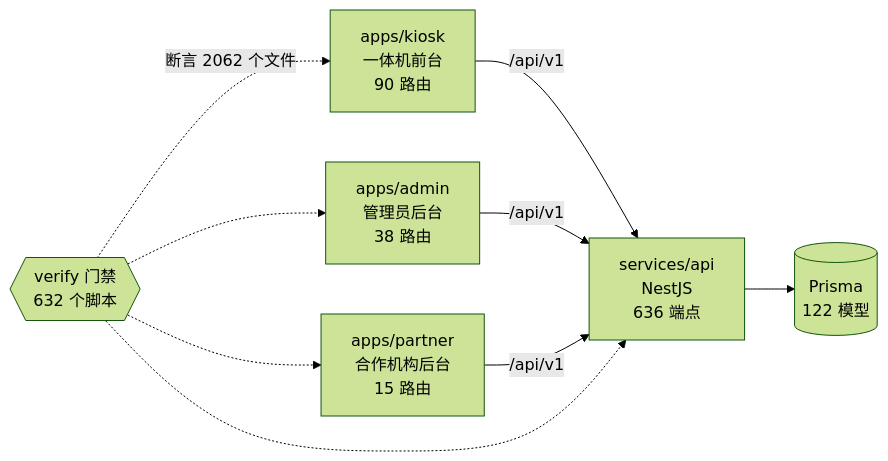
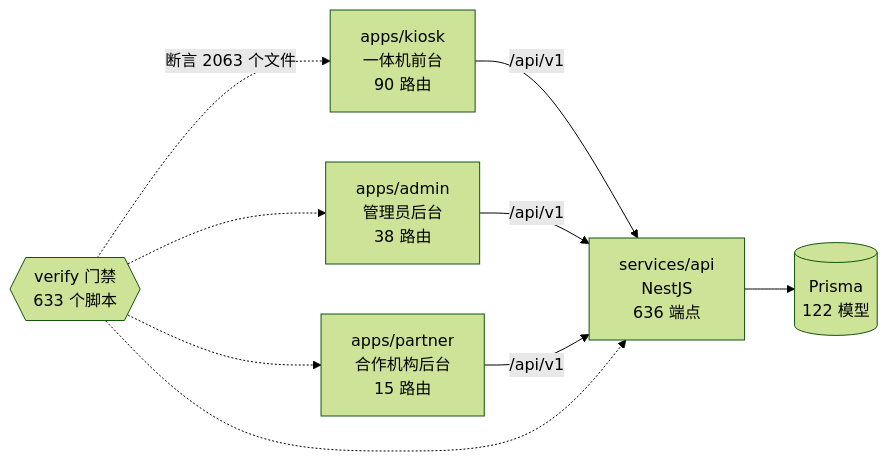
One commit to wanglei581/YITIJI changed the diagram in docs/graph/README.md. Above: the diagram before and after it, drawn with Mermaid (forest theme). The commit also changed other lines of this file and 5 other files, not shown here.

First line of the commit message:
屏上复印计费改口径：进度文档记 11/08 四条口径、扫描核对与验证结果，图谱重生成

````diff
--- a/docs/graph/README.md
+++ b/docs/graph/README.md
@@ -68,18 +68,18 @@
 ```mermaid
 flowchart LR
   kiosk["apps/kiosk<br/>一体机前台<br/>90 路由"]
   admin["apps/admin<br/>管理员后台<br/>38 路由"]
   partner["apps/partner<br/>合作机构后台<br/>15 路由"]
   api["services/api<br/>NestJS<br/>636 端点"]
   db[("Prisma<br/>122 模型")]
-  gates{{"verify 门禁<br/>632 个脚本"}}
+  gates{{"verify 门禁<br/>633 个脚本"}}
 
   kiosk -->|"/api/v1"| api
   admin -->|"/api/v1"| api
   partner -->|"/api/v1"| api
   api --> db
-  gates -.->|"断言 2062 个文件"| kiosk
+  gates -.->|"断言 2063 个文件"| kiosk
   gates -.-> admin
   gates -.-> partner
   gates -.-> api
 ```
````
